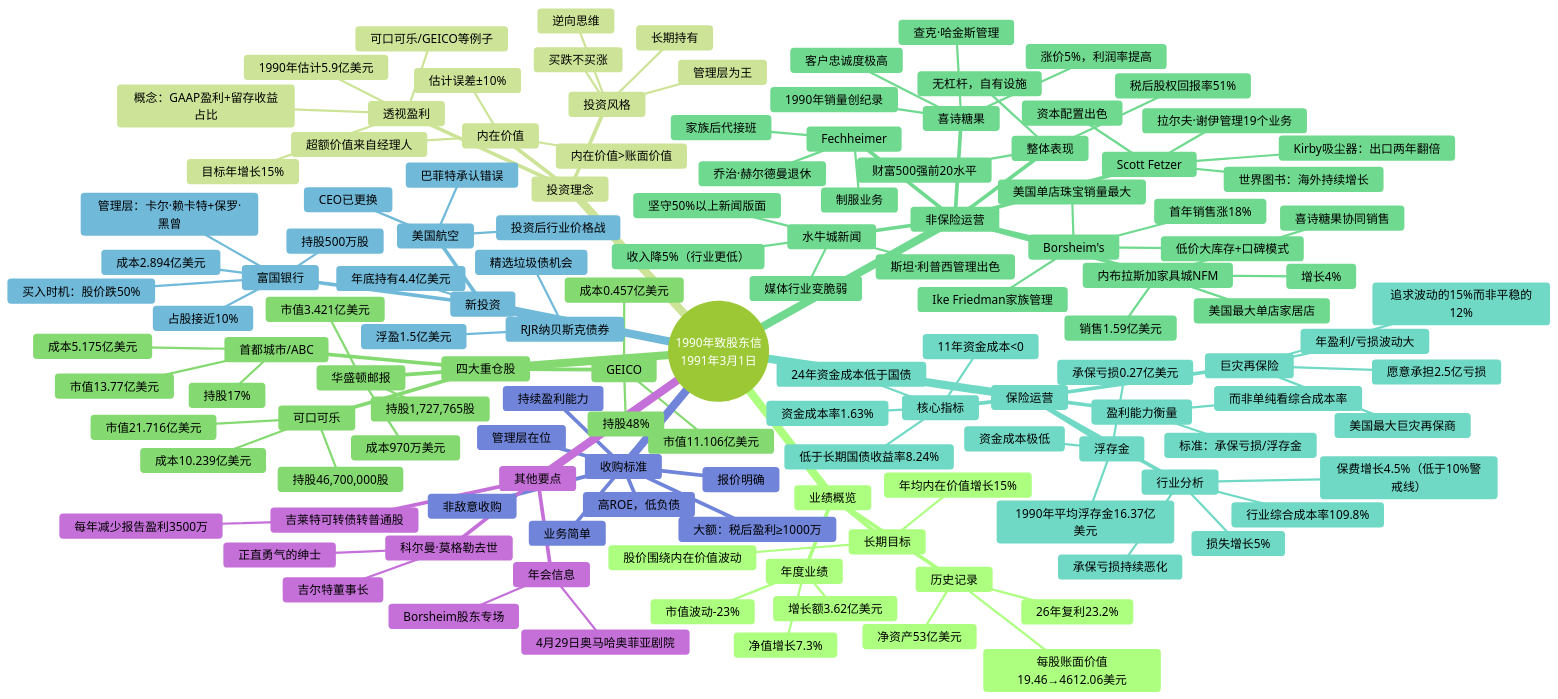
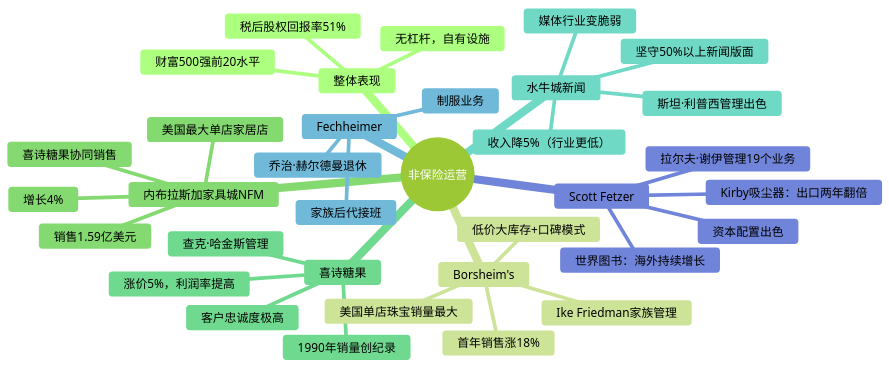
Before and after one commit to carllhm/buffett-knowledge-base: the fifth of 9 diagrams in docs/01_letters/1990年/思维导图.md, drawn with Mermaid (forest theme). The commit also changed other lines of this file and 719 other files, not shown here.

Commit message:
思维导图重构：两级结构，总览+折叠子导图

````diff
--- a/docs/01_letters/1990年/思维导图.md
+++ b/docs/01_letters/1990年/思维导图.md
@@ -5,145 +138,37 @@
 ```mermaid
 mindmap
-  root((1990年致股东信<br/>1991年3月1日))
-    
-    业绩概览
-      年度业绩
-        净值增长7.3%
-        增长额3.62亿美元
-        市值波动-23%
-      历史记录
-        26年复利23.2%
-        每股账面价值19.46→4612.06美元
-        净资产53亿美元
-      长期目标
-        年均内在价值增长15%
-        股价围绕内在价值波动
-        
-    投资理念
-      内在价值
-        内在价值>账面价值
-        估计误差±10%
-        超额价值来自经理人
-      透视盈利
-        概念：GAAP盈利+留存收益占比
-        1990年估计5.9亿美元
-        目标年增长15%
-        可口可乐/GEICO等例子
-      投资风格
-        长期持有
-        逆向思维
-        买跌不买涨
-        管理层为王
-        
-    四大重仓股
-      首都城市/ABC
-        持股17%
-        市值13.77亿美元
-        成本5.175亿美元
-      可口可乐
-        持股46,700,000股
-        市值21.716亿美元
-        成本10.239亿美元
-      GEICO
-        持股48%
-        市值11.106亿美元
-        成本0.457亿美元
-      华盛顿邮报
-        持股1,727,765股
-        市值3.421亿美元
-        成本970万美元
-      
-    非保险运营
-      整体表现
-        税后股权回报率51%
-        财富500强前20水平
-        无杠杆，自有设施
-      Borsheim's
-        首年销售涨18%
-        美国单店珠宝销量最大
-        Ike Friedman家族管理
-        低价大库存+口碑模式
-      内布拉斯加家具城NFM
-        销售1.59亿美元
-        增长4%
-        美国最大单店家居店
-        喜诗糖果协同销售
-      喜诗糖果
-        1990年销量创纪录
-        涨价5%，利润率提高
-        查克·哈金斯管理
-        客户忠诚度极高
-      水牛城新闻
-        收入降5%（行业更低）
-        媒体行业变脆弱
-        斯坦·利普西管理出色
-        坚守50%以上新闻版面
-      Fechheimer
-        制服业务
-        乔治·赫尔德曼退休
-        家族后代接班
-      Scott Fetzer
-        拉尔夫·谢伊管理19个业务
-        Kirby吸尘器：出口两年翻倍
-        世界图书：海外持续增长
-        资本配置出色
-        
-    保险运营
-      行业分析
-        行业综合成本率109.8%
-        保费增长4.5%（低于10%警戒线）
-        损失增长5%
-        承保亏损持续恶化
-      核心指标
-        资金成本率1.63%
-        低于长期国债收益率8.24%
-        24年资金成本低于国债
-        11年资金成本<0
-      浮存金
-        1990年平均浮存金16.37亿美元
-        承保亏损0.27亿美元
-        资金成本极低
-      巨灾再保险
-        美国最大巨灾再保商
-        年盈利/亏损波动大
-        愿意承担2.5亿亏损
-        追求波动的15%而非平稳的12%
-      盈利能力衡量
-        标准：承保亏损/浮存金
-        而非单纯看综合成本率
-        
-    新投资
-      富国银行
-        持股500万股
-        成本2.894亿美元
-        占股接近10%
-        买入时机：股价跌50%
-        管理层：卡尔·赖卡特+保罗·黑曾
-      RJR纳贝斯克债券
-        年底持有4.4亿美元
-        浮盈1.5亿美元
-        精选垃圾债机会
-      美国航空
-        投资后行业价格战
-        巴菲特承认错误
-        CEO已更换
-        
-    收购标准
-      大额：税后盈利≥1000万
-      持续盈利能力
-      高ROE，低负债
-      管理层在位
-      业务简单
-      报价明确
-      非敌意收购
-      
-    其他要点
-      吉莱特可转债转普通股
-        每年减少报告盈利3500万
-      科尔曼·莫格勒去世
-        吉尔特董事长
-        正直勇气的绅士
-      年会信息
-        4月29日奥马哈奥菲亚剧院
-        Borsheim股东专场
+  root((非保险运营))
+    整体表现
+      税后股权回报率51%
+      财富500强前20水平
+      无杠杆，自有设施
+    Borsheim's
+      首年销售涨18%
+      美国单店珠宝销量最大
+      Ike Friedman家族管理
+      低价大库存+口碑模式
+    内布拉斯加家具城NFM
+      销售1.59亿美元
+      增长4%
+      美国最大单店家居店
+      喜诗糖果协同销售
+    喜诗糖果
+      1990年销量创纪录
+      涨价5%，利润率提高
+      查克·哈金斯管理
+      客户忠诚度极高
+    水牛城新闻
+      收入降5%（行业更低）
+      媒体行业变脆弱
+      斯坦·利普西管理出色
+      坚守50%以上新闻版面
+    Fechheimer
+      制服业务
+      乔治·赫尔德曼退休
+      家族后代接班
+    Scott Fetzer
+      拉尔夫·谢伊管理19个业务
+      Kirby吸尘器：出口两年翻倍
+      世界图书：海外持续增长
+      资本配置出色
 ```
````
